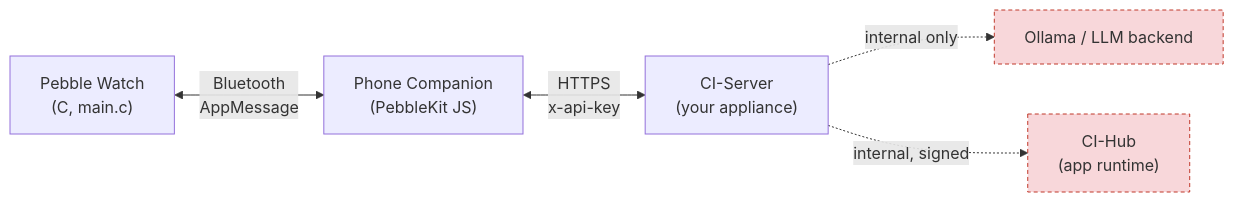
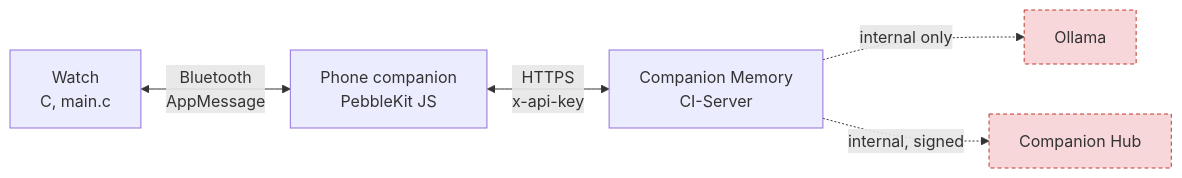
Before and after one commit to companionintelligence/CI-Pebble: the first of 2 diagrams in README.md, drawn with Mermaid. The commit also changed other lines of this file and 86 other files, not shown here.

First line of the commit message:
Adopt the CI-Common brand; add recorder and planner roadmap

````diff
--- a/README.md
+++ b/README.md
@@ -21,18 +59,10 @@
 ```mermaid
 flowchart LR
-    Watch["Pebble Watch\n(C, main.c)"]
-    Phone["Phone Companion\n(PebbleKit JS)"]
-    Server["CI-Server\n(your appliance)"]
-
-    Watch <-->|Bluetooth\nAppMessage| Phone
-    Phone <-->|HTTPS\nx-api-key| Server
-
-    Ollama["Ollama / LLM backend"]
-    Hub["CI-Hub\n(app runtime)"]
-
-    Server -.->|internal only| Ollama
-    Server -.->|internal, signed| Hub
+    W["Watch<br/>C, main.c"] <-->|"Bluetooth<br/>AppMessage"| P["Phone companion<br/>PebbleKit JS"]
+    P <-->|"HTTPS<br/>x-api-key"| S["Companion Memory<br/>CI-Server"]
+    S -.->|"internal only"| O["Ollama"]
+    S -.->|"internal, signed"| H["Companion Hub"]
 
     classDef never fill:#f8d7da,stroke:#c0392b,stroke-dasharray: 4 3;
-    class Ollama,Hub never;
+    class O,H never;
 ```
````
